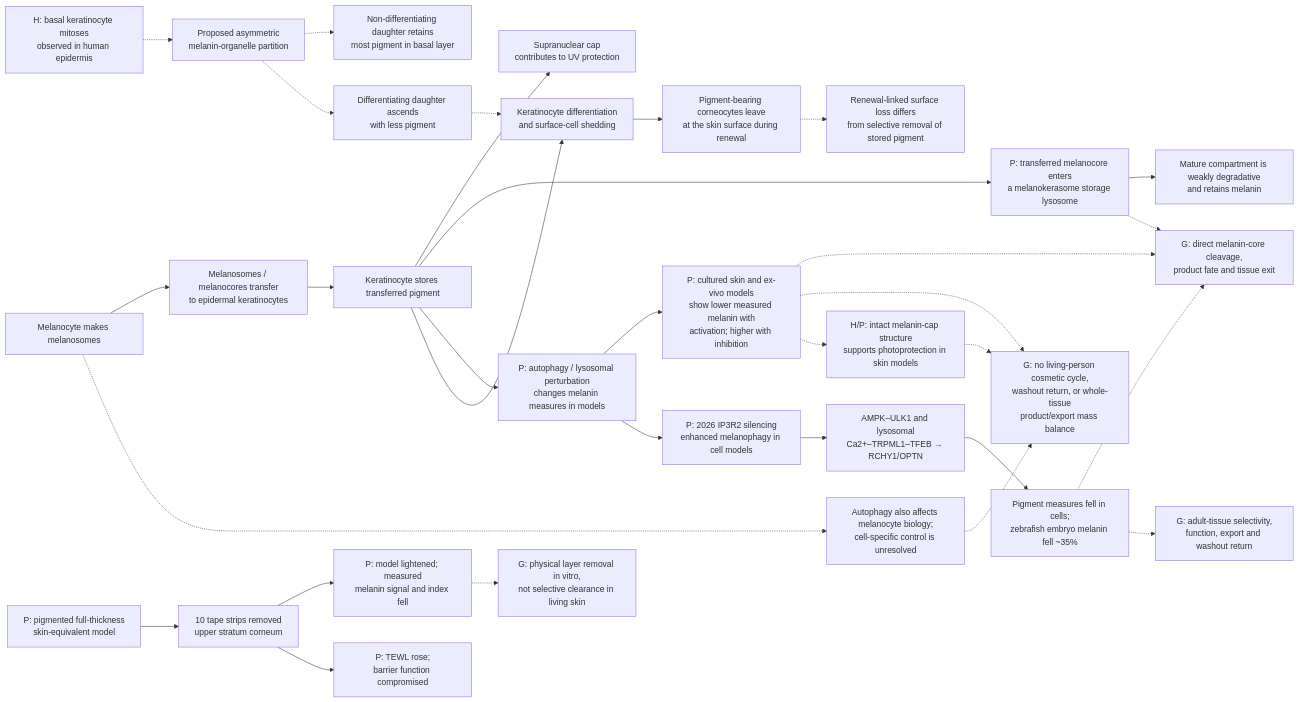
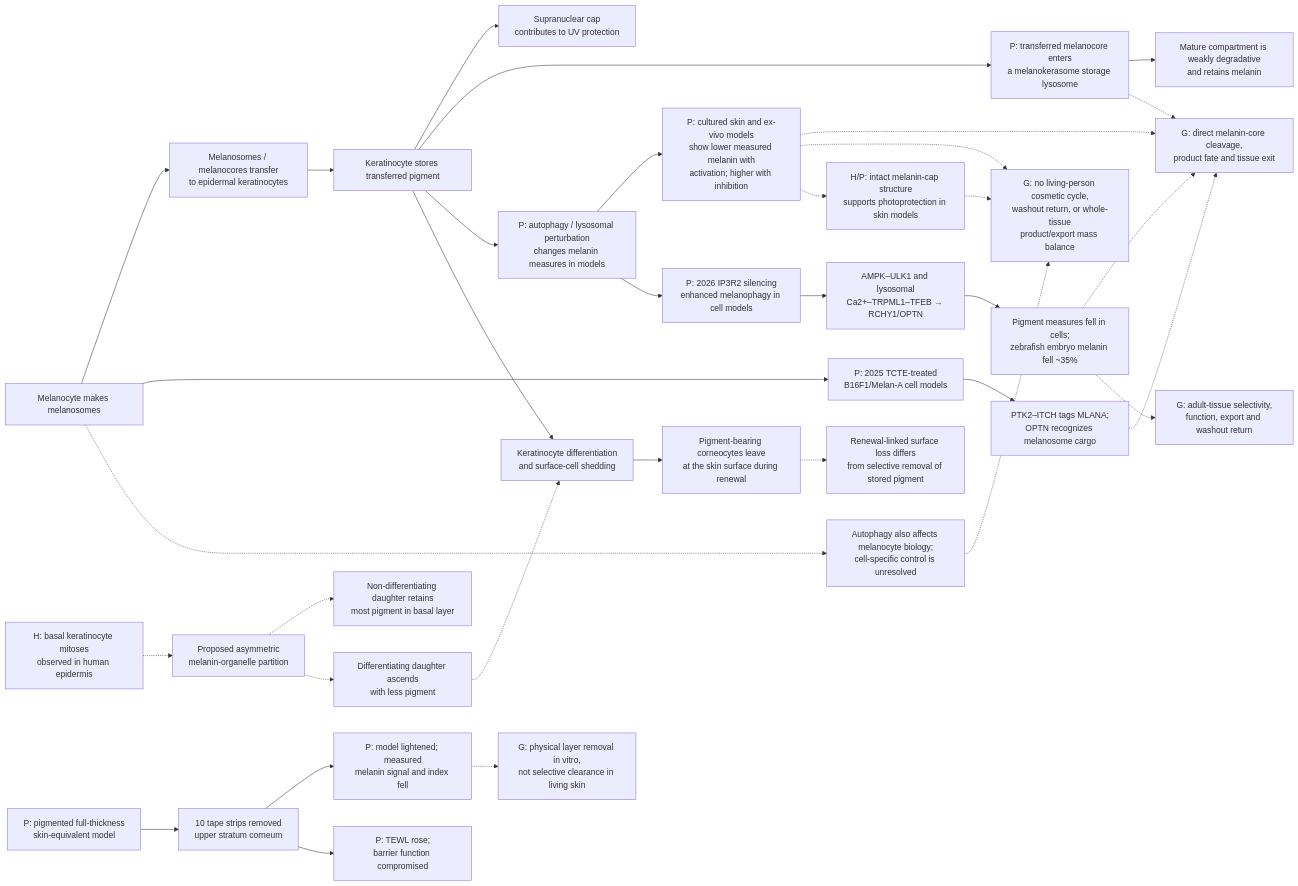
One commit to dylanstechmann/iris-color-without-contacts changed the eighth of 40 diagrams in research/tissue-pigment-atlas.md. Above: the diagram before and after it, drawn with Mermaid. The commit also changed other lines of this file, not shown here.

````diff
--- a/research/tissue-pigment-atlas.md
+++ b/research/tissue-pigment-atlas.md
@@ -238,33 +240,36 @@
 ```mermaid
 flowchart LR
     M["Melanocyte makes melanosomes"] --> T["Melanosomes / melanocores transfer<br/>to epidermal keratinocytes"]
     T --> K["Keratinocyte stores transferred pigment"]
     K --> C["Supranuclear cap<br/>contributes to UV protection"]
     K --> MK["P: transferred melanocore enters<br/>a melanokerasome storage lysosome"]
     MK --> MKSTORE["Mature compartment is weakly degradative<br/>and retains melanin"]
     K --> A["P: autophagy / lysosomal perturbation<br/>changes melanin measures in models"]
     A --> R["P: cultured skin and ex-vivo models<br/>show lower measured melanin with<br/>activation; higher with inhibition"]
     A --> I["P: 2026 IP3R2 silencing<br/>enhanced melanophagy in cell models"]
     I --> IA["AMPK–ULK1 and lysosomal<br/>Ca2+–TRPML1–TFEB → RCHY1/OPTN"]
     IA --> IR["Pigment measures fell in cells;<br/>zebrafish embryo melanin fell ~35%"]
+    M --> PTK["P: 2025 TCTE-treated<br/>B16F1/Melan-A cell models"]
+    PTK --> ITCH["PTK2–ITCH tags MLANA;<br/>OPTN recognizes melanosome cargo"]
+    ITCH -.-> CORE
     IR -.-> CORE
     IR -.-> CYCLE["G: adult-tissue selectivity,<br/>function, export and washout return"]
     MK -.-> CORE["G: direct melanin-core cleavage,<br/>product fate and tissue exit"]
     R -.-> CORE
     K --> S["Keratinocyte differentiation<br/>and surface-cell shedding"]
     S --> O["Pigment-bearing corneocytes leave<br/>at the skin surface during renewal"]
     BASAL["H: basal keratinocyte mitoses<br/>observed in human epidermis"] -.-> PART["Proposed asymmetric<br/>melanin-organelle partition"]
     PART -.-> RETAIN["Non-differentiating daughter retains<br/>most pigment in basal layer"]
     PART -.-> ASCEND["Differentiating daughter ascends<br/>with less pigment"]
     ASCEND -.-> S
     HSE["P: pigmented full-thickness<br/>skin-equivalent model"] --> STRIP["10 tape strips removed<br/>upper stratum corneum"]
     STRIP --> STRIP_OUT["P: model lightened; measured<br/>melanin signal and index fell"]
     STRIP --> TEWL["P: TEWL rose;<br/>barrier function compromised"]
     STRIP_OUT -.-> STRIP_GAP["G: physical layer removal in vitro,<br/>not selective clearance in living skin"]
     R -.-> F["G: no living-person cosmetic cycle,<br/>washout return, or whole-tissue<br/>product/export mass balance"]
     R -.-> P["H/P: intact melanin-cap structure<br/>supports photoprotection in skin models"]
     P -.-> F
     M -.-> B["Autophagy also affects melanocyte biology;<br/>cell-specific control is unresolved"]
     B -.-> F
     O -.-> X["Renewal-linked surface loss differs<br/>from selective removal of stored pigment"]
 ```
````
